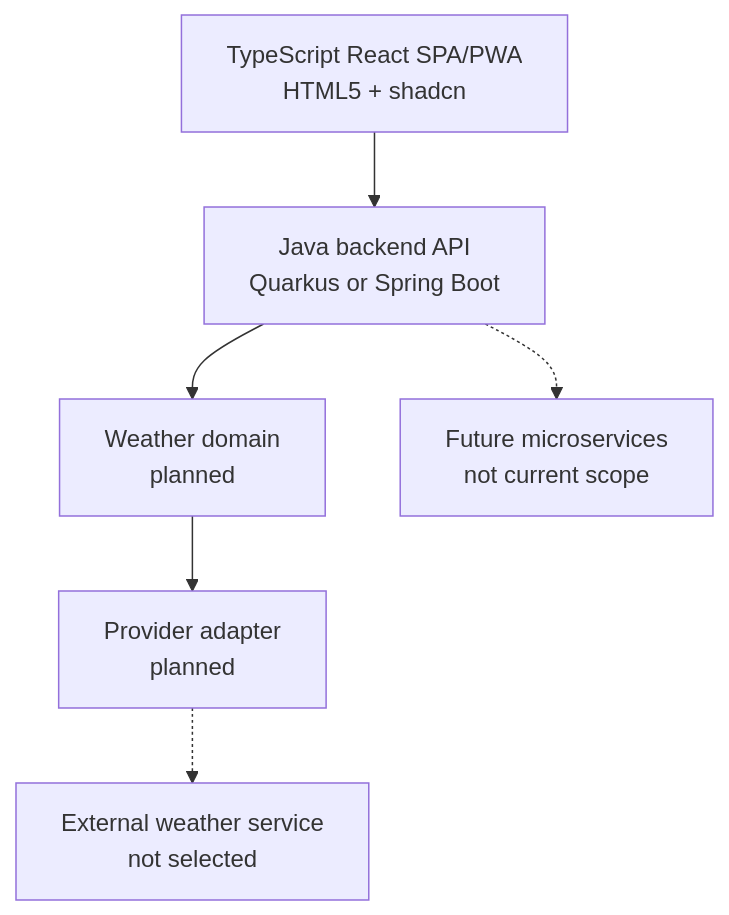
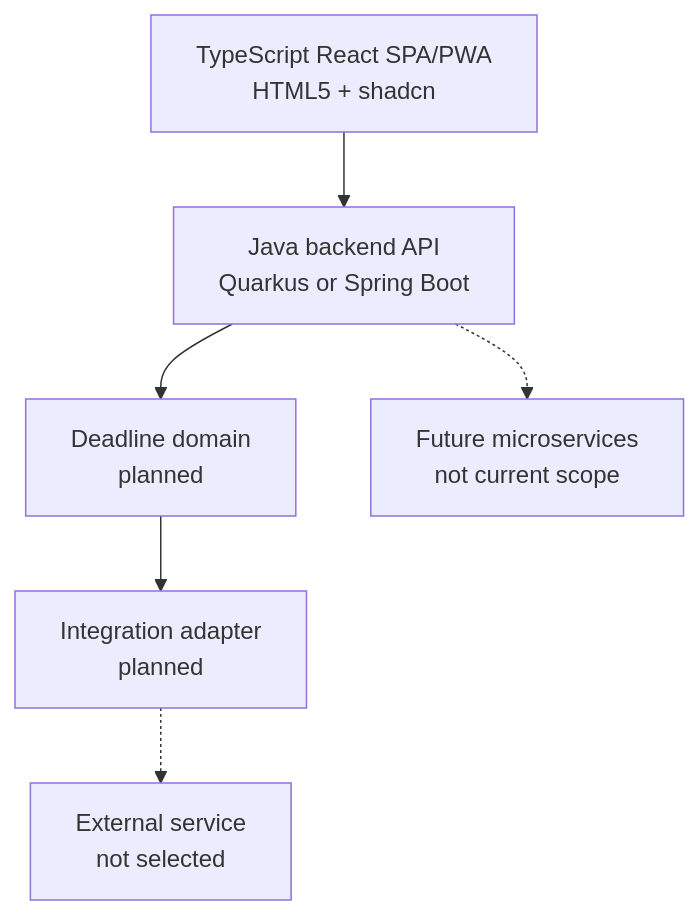
Before and after one commit to emidiomorgia/until: the diagram in backlog/docs/architecture/container.mmd, drawn with Mermaid. The commit also changed 8 other files, not shown here.

Commit message:
Update architecture and documentation to reflect deadline management focus

```diff
--- a/backlog/docs/architecture/container.mmd
+++ b/backlog/docs/architecture/container.mmd
@@ -1,13 +1,13 @@
 flowchart TB
     Web[TypeScript React SPA/PWA\nHTML5 + shadcn]
     Api[Java backend API\nQuarkus or Spring Boot]
-    Domain[Weather domain\nplanned]
-    Adapter[Provider adapter\nplanned]
-    External[External weather service\nnot selected]
+    Domain[Deadline domain\nplanned]
+    Adapter[Integration adapter\nplanned]
+    External[External service\nnot selected]
     Future[Future microservices\nnot current scope]
 
     Web --> Api
     Api --> Domain
     Domain --> Adapter
     Adapter -.-> External
     Api -.-> Future
```
